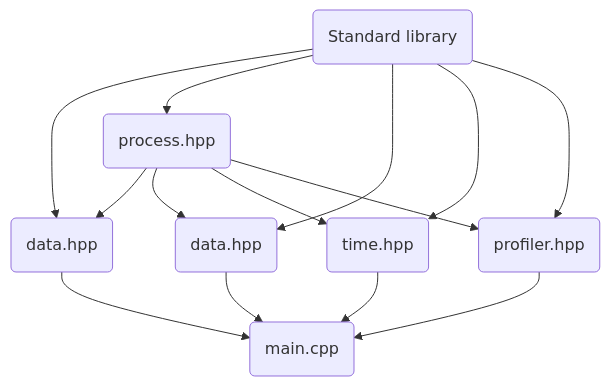
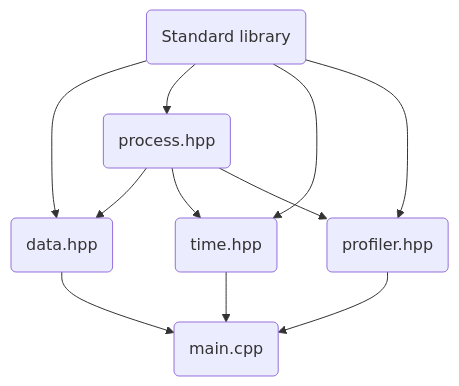
One commit to sibjor/ParkourRunner changed the diagram in README.md. Above: the diagram before and after it, drawn with Mermaid.

Commit message:
wrote wrong

````diff
--- a/README.md
+++ b/README.md
@@ -11,14 +11,12 @@
 ```mermaid
 flowchart TD
     A(Standard library) --> B(data.hpp) --> G(main.cpp)
     A --> C(process.hpp)
-    A --> D(data.hpp) --> G
     A --> E(time.hpp) --> G
     A --> F(profiler.hpp) --> G
     C --> B
-    C --> D
     C --> E
     C --> F
     
     
 ```
````
